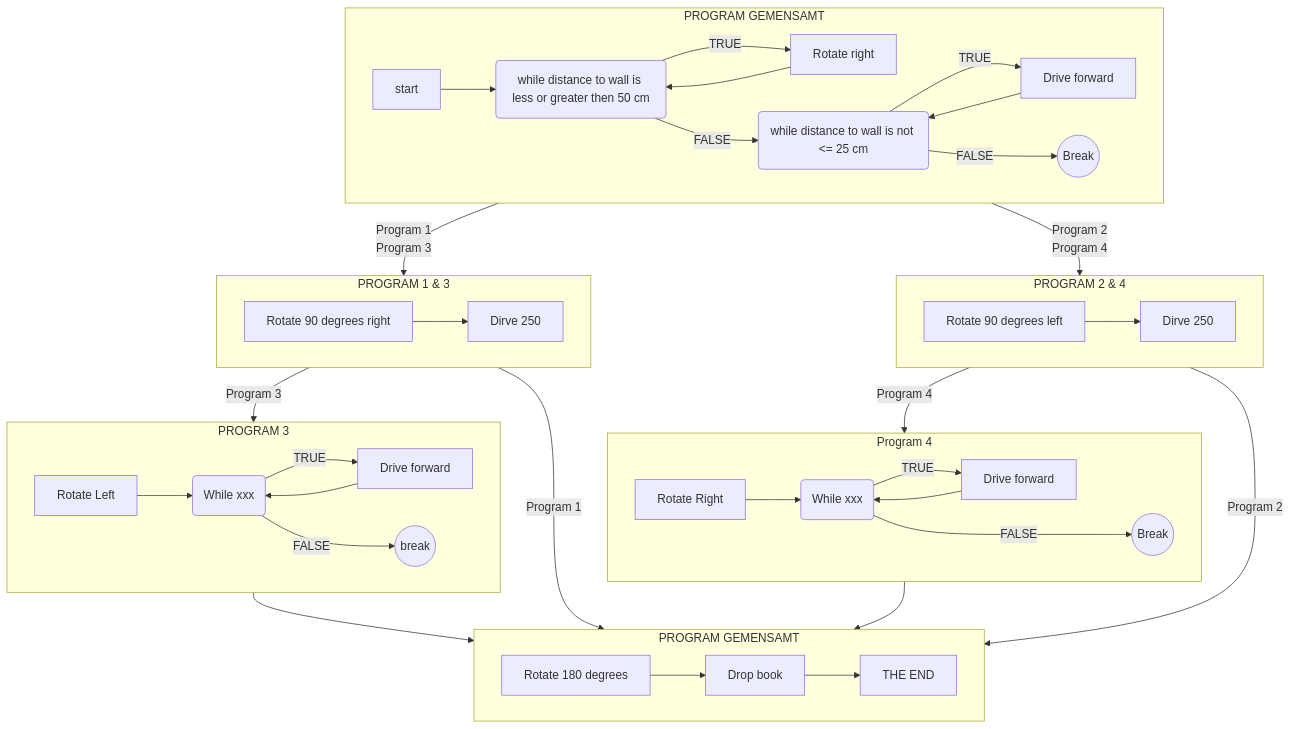
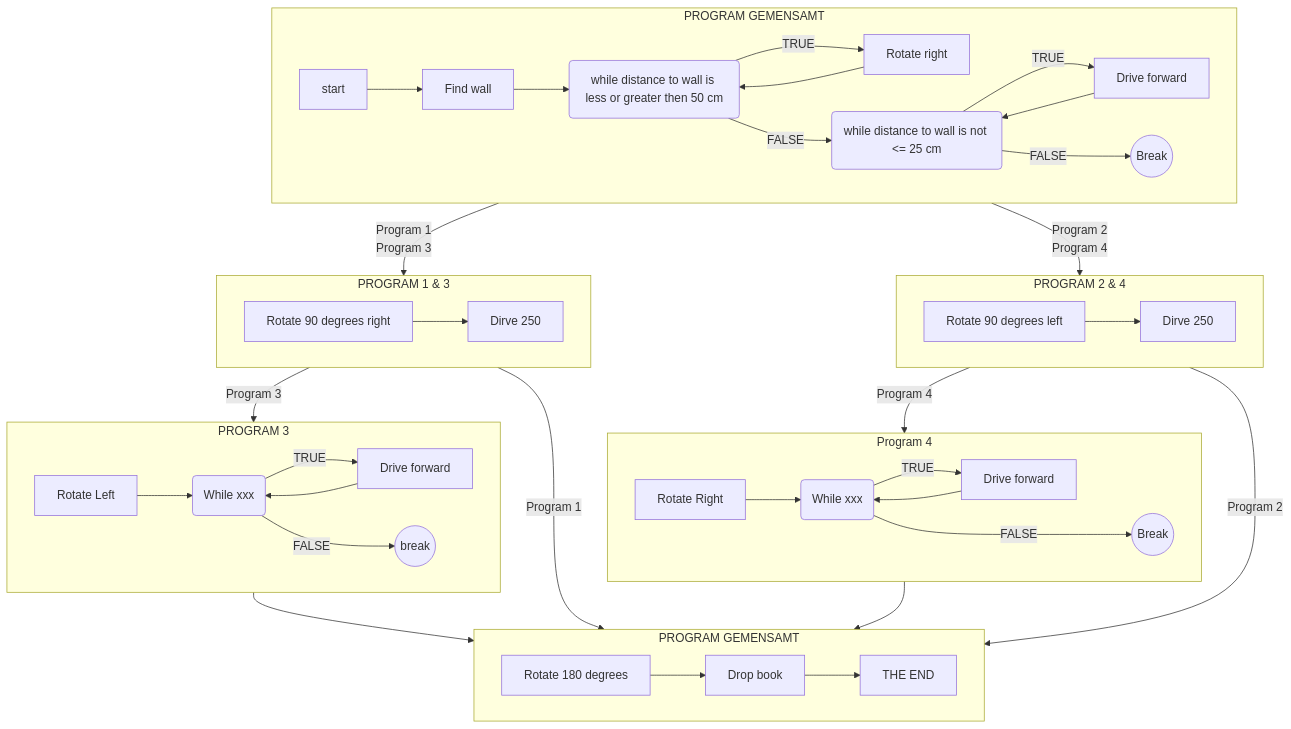
Before and after one commit to MattiasLindgren278/robot_project_18: the diagram in PlantUML/flowchart.mmd, drawn with Mermaid. The commit also changed 5 other files, not shown here.

```diff
--- a/PlantUML/flowchart.mmd
+++ b/PlantUML/flowchart.mmd
@@ -1,56 +1,57 @@
 flowchart TD
     subgraph P0 [PROGRAM GEMENSAMT]
-    P01[start] -->W01(while distance to wall is less or greater then 50 cm)
+    P01[start] -->FW[Find wall]
+    FW -->W01(while distance to wall is less or greater then 50 cm)
     W01 -->|TRUE| W01T[Rotate right] -->W01
     W01 -->|FALSE| W02(while distance to wall is not <= 25 cm)
     W02 -->|TRUE| W02T[Drive forward] -->W02
     W02 -->|FALSE| W02Break((Break))
     end
 
     P0 -->|Program 1 <br/> Program 3|P13
     P0 -->|Program 2 <br/> Program 4|P24
 
     subgraph P13 [PROGRAM 1 & 3]
     RR[Rotate 90 degrees right]
     RR--> P13D[Dirve 250]
     end
     
     subgraph P24 [PROGRAM 2 & 4]
     RL[Rotate 90 degrees left]
     RL -->P14D[Dirve 250]
     end
 
     subgraph PSB [PROGRAM GEMENSAMT]
     R180[Rotate 180 degrees] --> DB[Drop book]
     DB -->TE[THE END]
     end
 
     subgraph P3 [PROGRAM 3]
     RL3[Rotate Left]
     RL3 --> W03(While xxx)
     W03 -->|TRUE| W3T[Drive forward] -->W03
     W03 -->|FALSE| W3Break((break))
     end
     
     subgraph P4 [Program 4]
     RR4[Rotate Right]
     RR4 --> W04(While xxx)
     W04 -->|TRUE| W04T[Drive forward] -->W04
     W04 --->|FALSE| W4Break((Break))
     end
  
     P13 -->|Program 3|P3
     P13 -->|Program 1|PSB
 
     P24 -->|Program 4|P4
     P24 -->|Program 2|PSB
 
     P3 -->PSB
     P4 -->PSB
 
 
 
 %%    A [Hard edge] -->|Link text| B(Round edge)
 %%    B --> C{Decision}
 %%    C -->|One| D[Result one]
 %%    C -->|Two| E[Result two]
```
